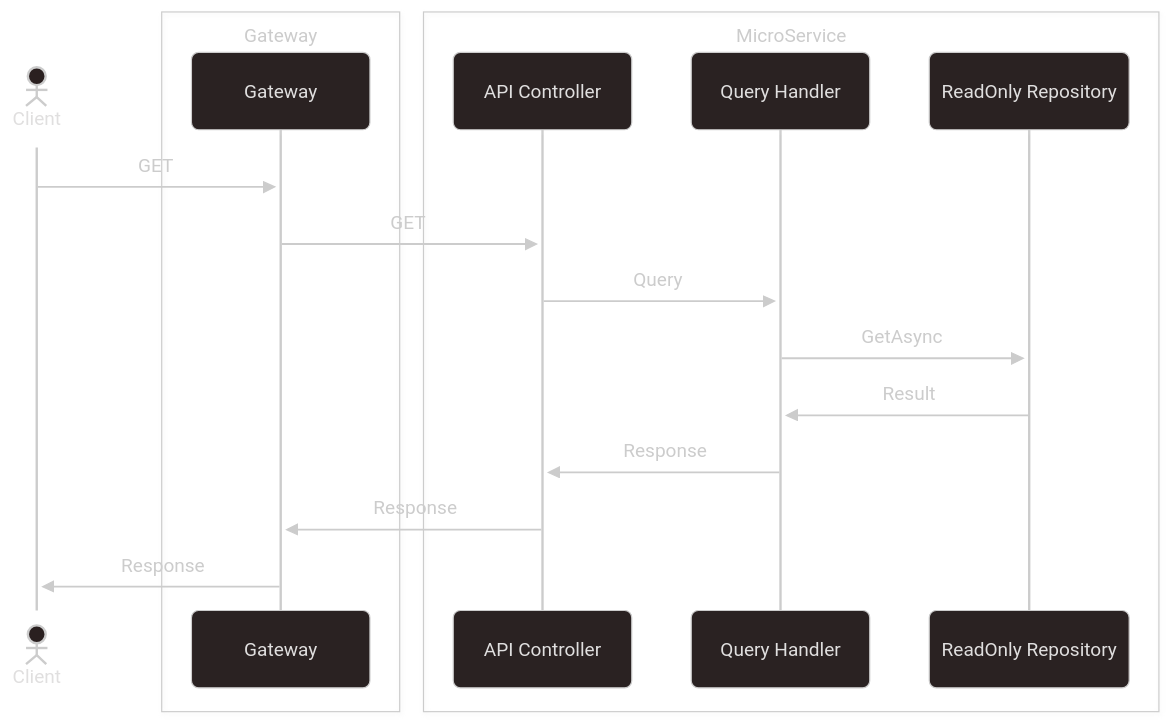
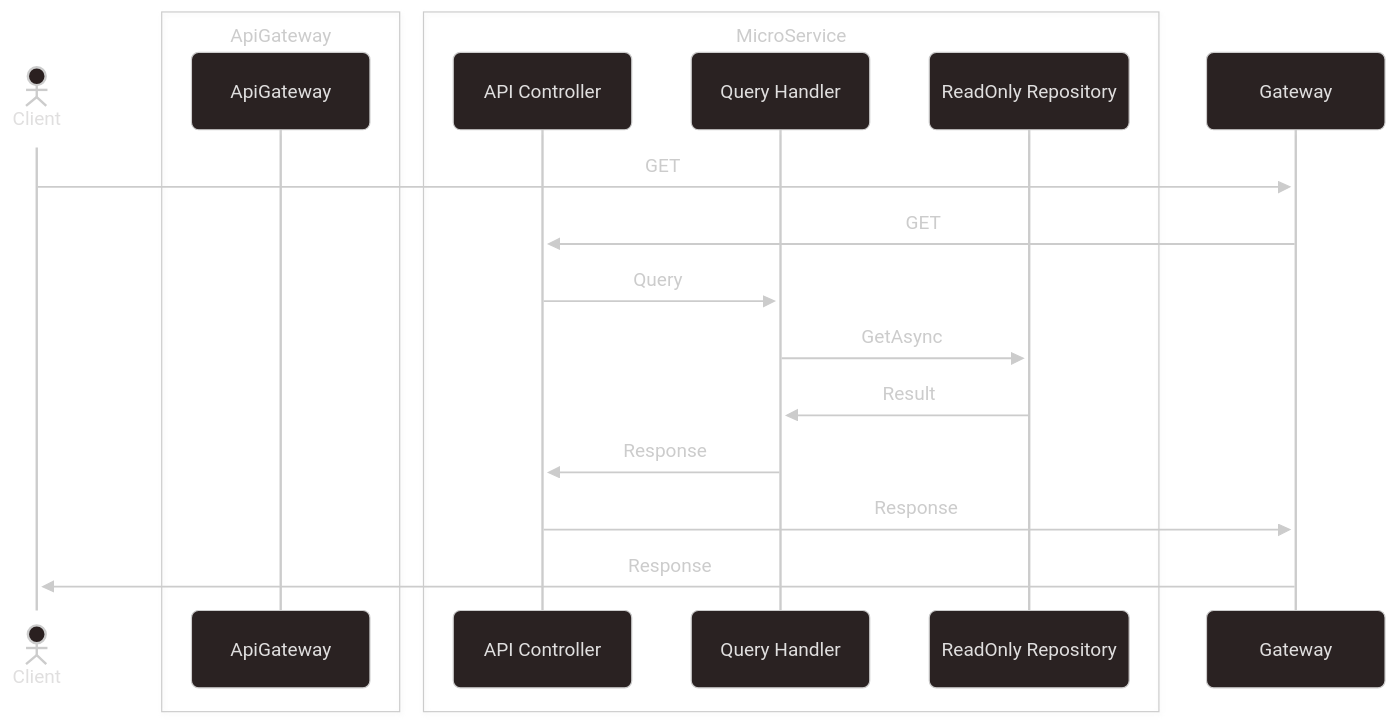
One commit to bwalocha/Wally.CleanArchitecture changed the diagram in src/README.md. Above: the diagram before and after it, drawn with Mermaid. The commit also changed 25 other files, not shown here.

````diff
--- a/src/README.md
+++ b/src/README.md
@@ -7,25 +7,25 @@
 ```mermaid
 ---
 config:
   theme: neo-dark
   look: neo
 ---
 sequenceDiagram
     actor Client
-    box transparent Gateway
-        participant Gateway as Gateway
+    box transparent ApiGateway
+        participant ApiGateway as ApiGateway
     end
     box transparent MicroService
         participant Controller as API Controller
         participant QueryHandler as Query Handler
         participant ReadOnlyRepository as ReadOnly Repository
     end
     Client->>Gateway: GET
     Gateway->>Controller: GET
     Controller->>QueryHandler: Query
     QueryHandler->>ReadOnlyRepository: GetAsync
     ReadOnlyRepository->>QueryHandler: Result
     QueryHandler->>Controller: Response
     Controller->>Gateway: Response
     Gateway->>Client: Response
 ```
````
